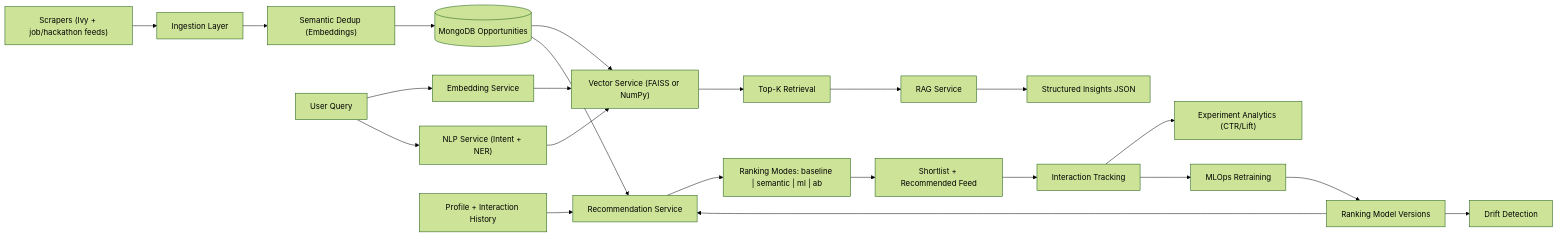
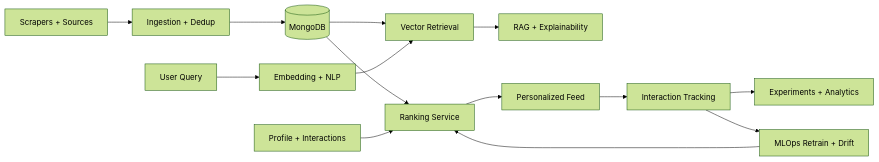
Before and after one commit to ankan00V/Ivy-League-Portal: the diagram in README.md, drawn with Mermaid (forest theme). The commit also changed other lines of this file, not shown here.

Commit message:
Refactor README into concise product and architecture overview

````diff
--- a/README.md
+++ b/README.md
@@ -118,27 +65,19 @@
 ```mermaid
 flowchart LR
-    A["Scrapers (Ivy + job/hackathon feeds)"] --> B["Ingestion Layer"]
-    B --> C["Semantic Dedup (Embeddings)"]
-    C --> D[("MongoDB Opportunities")]
+    A["Scrapers + Sources"] --> B["Ingestion + Dedup"]
+    B --> C[("MongoDB")]
 
-    U["User Query"] --> E["Embedding Service"]
-    U --> F["NLP Service (Intent + NER)"]
-    D --> G["Vector Service (FAISS or NumPy)"]
-    E --> G
-    F --> G
-    G --> H["Top-K Retrieval"]
-    H --> I["RAG Service"]
-    I --> J["Structured Insights JSON"]
+    U["User Query"] --> D["Embedding + NLP"]
+    C --> E["Vector Retrieval"]
+    D --> E
+    E --> F["RAG + Explainability"]
 
-    D --> K["Recommendation Service"]
-    P["Profile + Interaction History"] --> K
-    K --> L["Ranking Modes: baseline | semantic | ml | ab"]
-    L --> M["Shortlist + Recommended Feed"]
-    M --> N["Interaction Tracking"]
+    C --> G["Ranking Service"]
+    H["Profile + Interactions"] --> G
+    G --> I["Personalized Feed"]
 
-    N --> O["Experiment Analytics (CTR/Lift)"]
-    N --> Q["MLOps Retraining"]
-    Q --> R["Ranking Model Versions"]
-    R --> K
-    R --> S["Drift Detection"]
+    I --> J["Interaction Tracking"]
+    J --> K["Experiments + Analytics"]
+    J --> L["MLOps Retrain + Drift"]
+    L --> G
 ```
````
